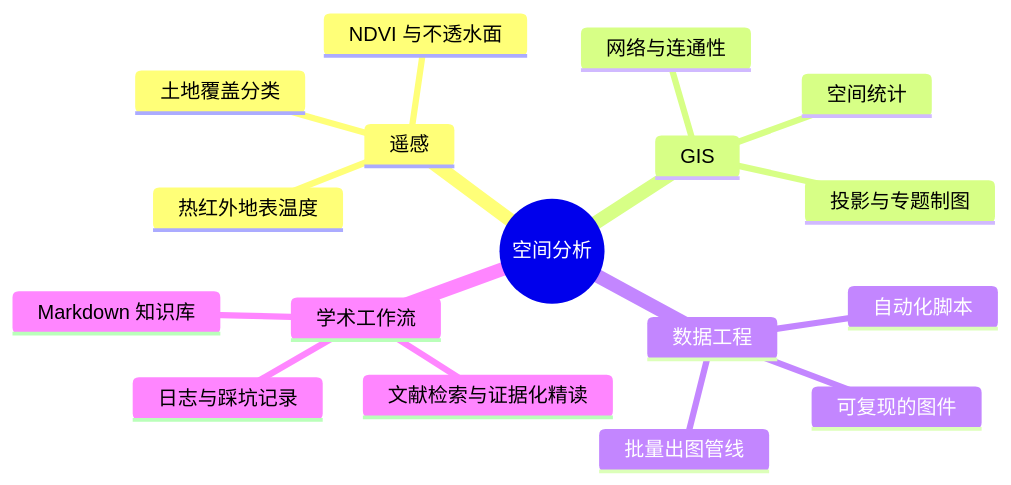
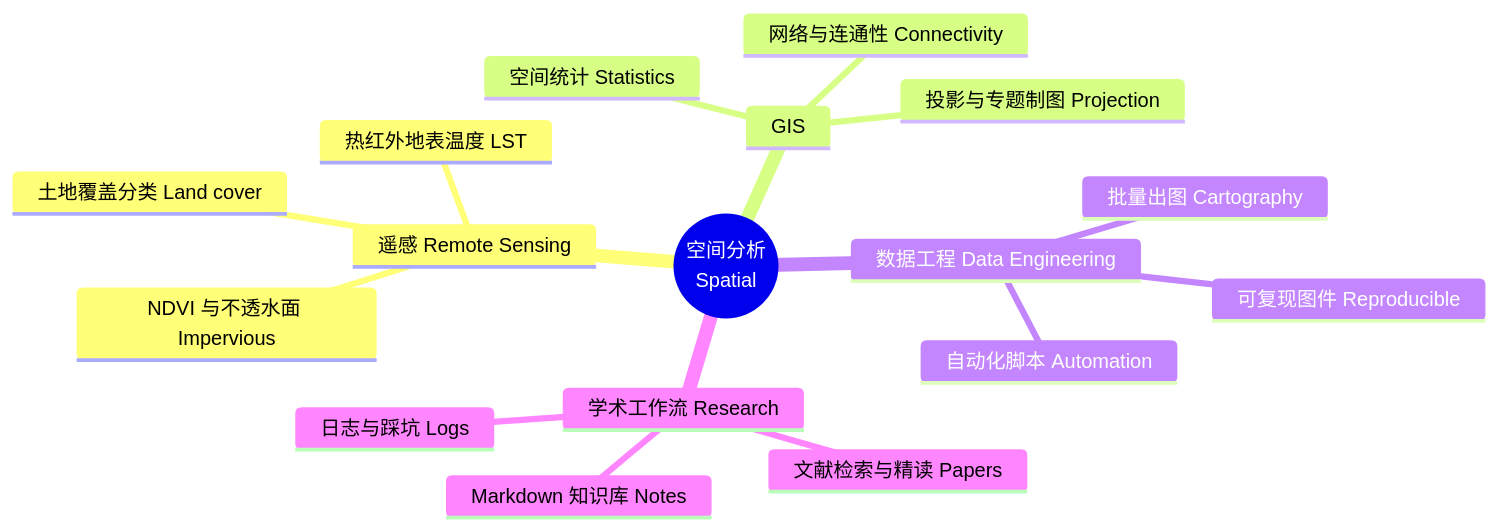
One commit to zhangyx0803/zhangyx0803 changed the second of 2 diagrams in README.md. Above: the diagram before and after it, drawn with Mermaid. The commit also changed other lines of this file and 10 other files, not shown here.

First line of the commit message:
feat: 双语 README + 三尺度定位图（Albers/经纬网/比例尺）+ 交互地图页

````diff
--- a/README.md
+++ b/README.md
@@ -100,20 +116,20 @@
 ```mermaid
 mindmap
-  root((空间分析))
-    遥感
-      热红外地表温度
-      土地覆盖分类
-      NDVI 与不透水面
+  root((空间分析<br/>Spatial))
+    遥感 Remote Sensing
+      热红外地表温度 LST
+      土地覆盖分类 Land cover
+      NDVI 与不透水面 Impervious
     GIS
-      投影与专题制图
-      空间统计
-      网络与连通性
-    数据工程
-      自动化脚本
-      批量出图管线
-      可复现的图件
-    学术工作流
-      文献检索与证据化精读
-      Markdown 知识库
-      日志与踩坑记录
+      投影与专题制图 Projection
+      空间统计 Statistics
+      网络与连通性 Connectivity
+    数据工程 Data Engineering
+      自动化脚本 Automation
+      批量出图 Cartography
+      可复现图件 Reproducible
+    学术工作流 Research
+      文献检索与精读 Papers
+      Markdown 知识库 Notes
+      日志与踩坑 Logs
 ```
````
